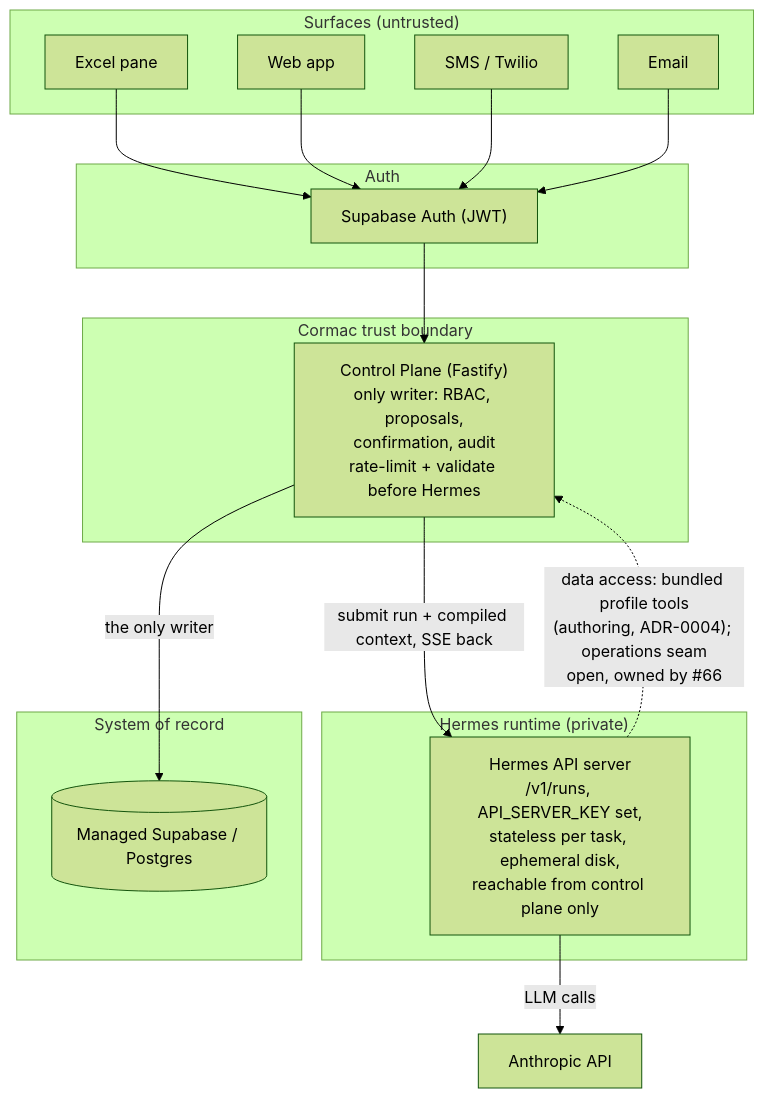
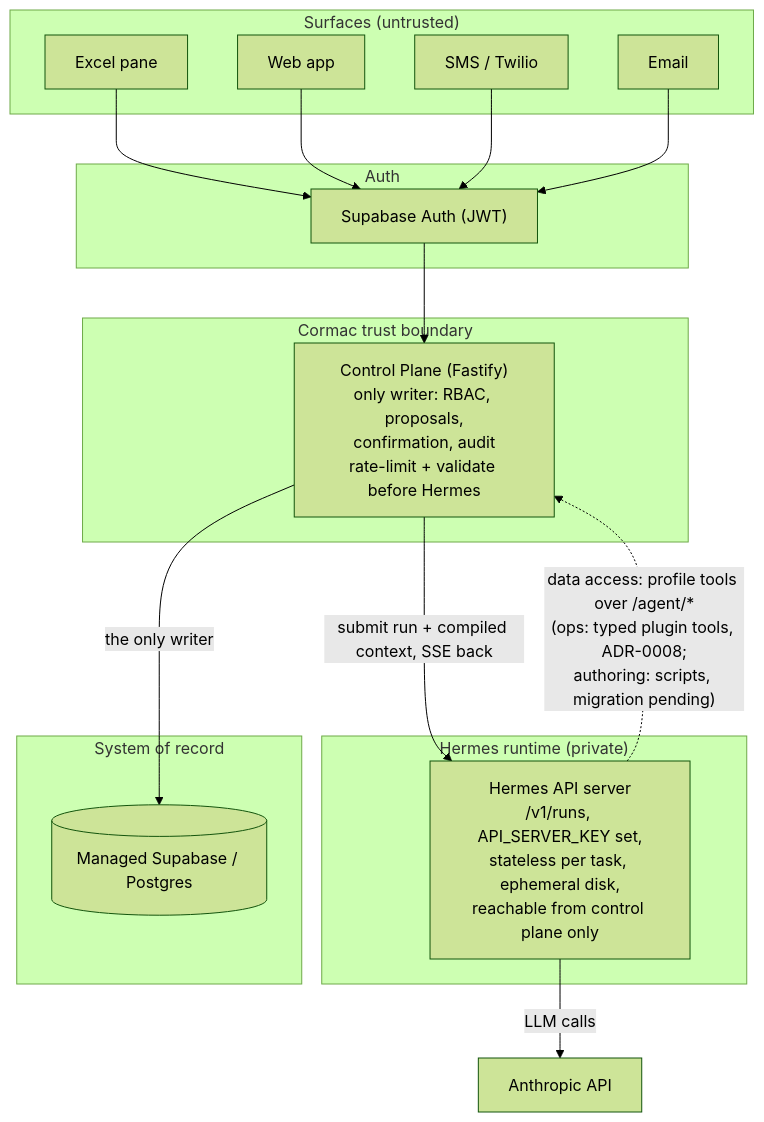
Before and after one commit to Serenica-Digital/Cormac: the diagram in .jarvis/prd/architecture.md, drawn with Mermaid (forest theme). The commit also changed other lines of this file and 17 other files, not shown here.

First line of the commit message:
Ops data-access seam settled: typed plugin tools, locked-down profile, live-proven (ADR-0008, #66 phase 6)

````diff
--- a/.jarvis/prd/architecture.md
+++ b/.jarvis/prd/architecture.md
@@ -10,34 +10,34 @@
 ```mermaid
 flowchart TB
   subgraph surfaces["Surfaces (untrusted)"]
     excel["Excel pane"]
     web["Web app"]
     sms["SMS / Twilio"]
     email["Email"]
   end
 
   subgraph auth["Auth"]
     supaAuth["Supabase Auth (JWT)"]
   end
 
   subgraph ours["Cormac trust boundary"]
     cp["Control Plane (Fastify)<br/>only writer: RBAC, proposals,<br/>confirmation, audit<br/>rate-limit + validate before Hermes"]
   end
 
   subgraph runtime["Hermes runtime (private)"]
     hermes["Hermes API server<br/>/v1/runs, API_SERVER_KEY set,<br/>stateless per task, ephemeral disk,<br/>reachable from control plane only"]
   end
 
   subgraph data["System of record"]
     db[("Managed Supabase / Postgres")]
   end
 
   model["Anthropic API"]
 
   excel & web & sms & email --> supaAuth
   supaAuth --> cp
   cp -->|"submit run + compiled context, SSE back"| hermes
   hermes -->|"LLM calls"| model
-  hermes -.->|"data access: bundled profile tools<br/>(authoring, ADR-0004); operations seam<br/>open, owned by #66"| cp
+  hermes -.->|"data access: profile tools over /agent/*<br/>(ops: typed plugin tools, ADR-0008;<br/>authoring: scripts, migration pending)"| cp
   cp -->|"the only writer"| db
 ```
````
